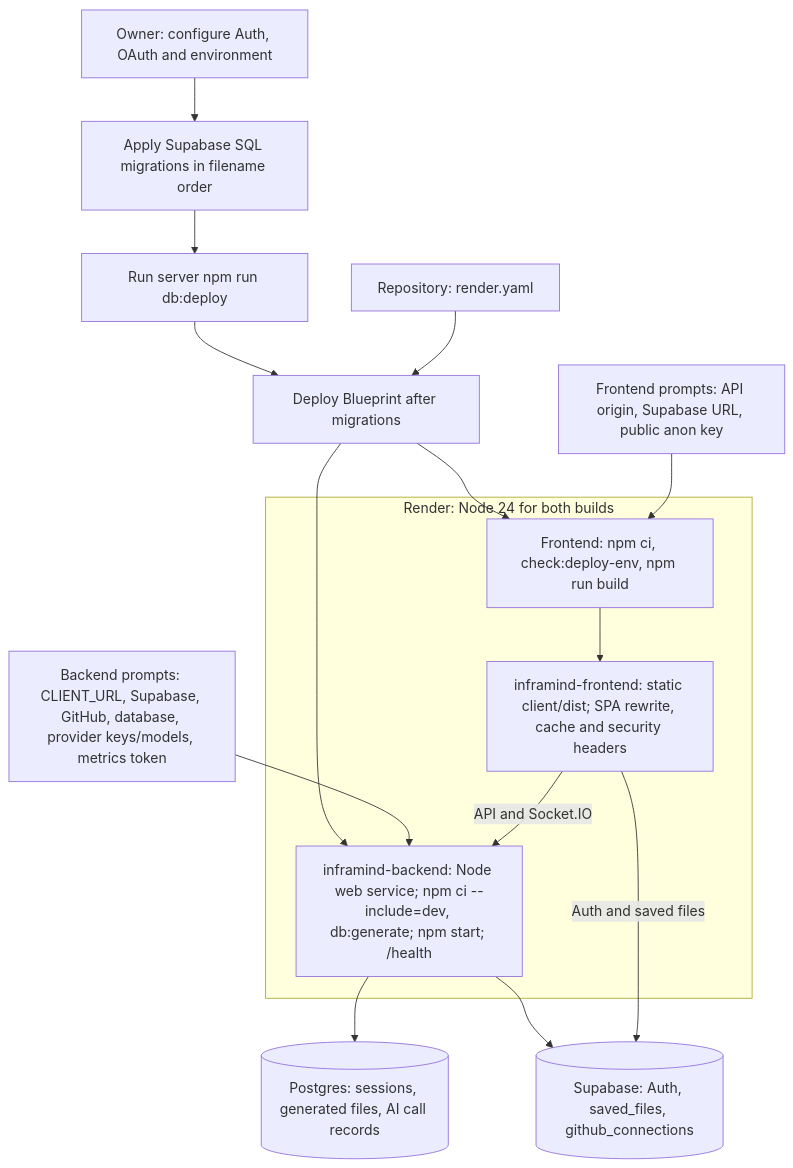
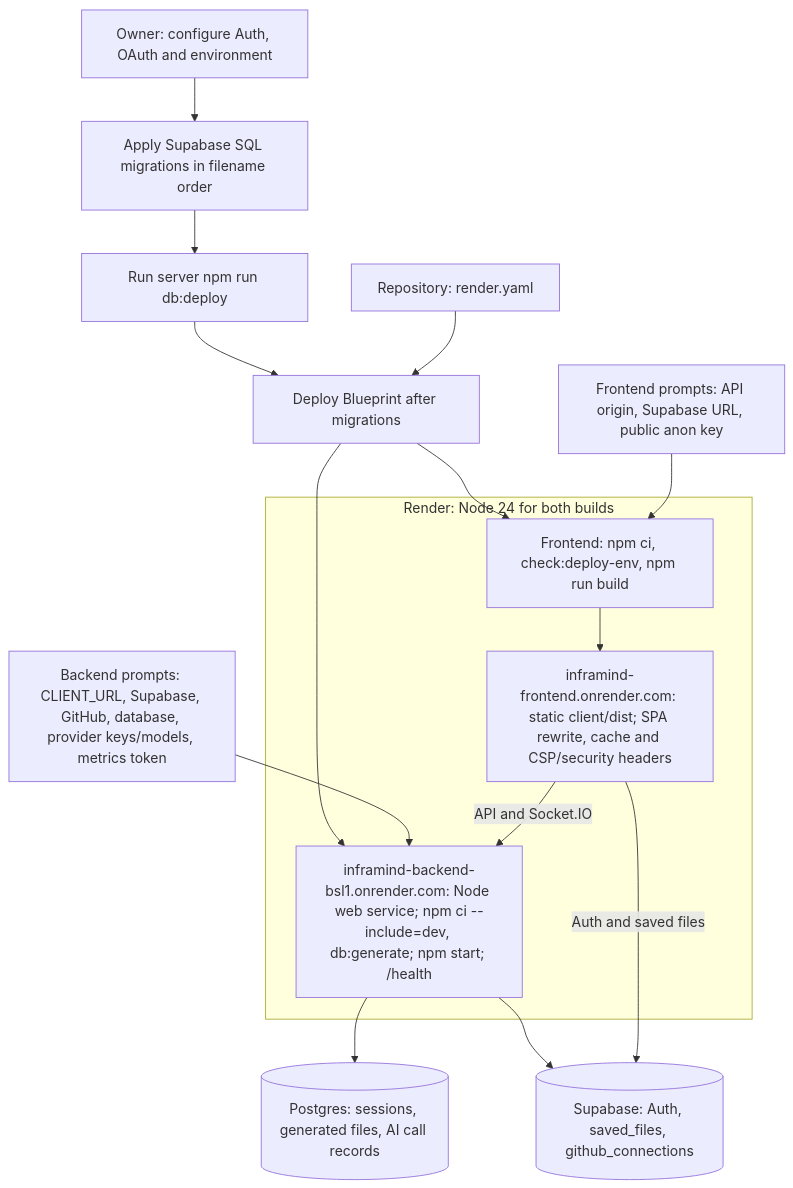
Before and after one commit to bipul724/InfraMind: the diagram in DEPLOYMENT-GUIDE.md, drawn with Mermaid. The commit also changed other lines of this file and 18 other files, not shown here.

First line of the commit message:
fix(security): enforce frontend CSP and support Supabase secret keys (#1)

````diff
--- a/DEPLOYMENT-GUIDE.md
+++ b/DEPLOYMENT-GUIDE.md
@@ -187,28 +282,28 @@
 ```mermaid
 flowchart TB
     Repo["Repository: render.yaml"]
     Owner["Owner: configure Auth, OAuth and environment"]
     SQL["Apply Supabase SQL migrations in filename order"]
     Prisma["Run server npm run db:deploy"]
     Deploy["Deploy Blueprint after migrations"]
     BackEnv["Backend prompts: CLIENT_URL, Supabase, GitHub, database, provider keys/models, metrics token"]
     FrontEnv["Frontend prompts: API origin, Supabase URL, public anon key"]
     subgraph Render["Render: Node 24 for both builds"]
-        Backend["inframind-backend: Node web service; npm ci --include=dev, db:generate; npm start; /health"]
+        Backend["inframind-backend-bsl1.onrender.com: Node web service; npm ci --include=dev, db:generate; npm start; /health"]
         Guard["Frontend: npm ci, check:deploy-env, npm run build"]
-        Frontend["inframind-frontend: static client/dist; SPA rewrite, cache and security headers"]
+        Frontend["inframind-frontend.onrender.com: static client/dist; SPA rewrite, cache and CSP/security headers"]
     end
     DB[("Postgres: sessions, generated files, AI call records")]
     Supabase[("Supabase: Auth, saved_files, github_connections")]
 
     Owner --> SQL --> Prisma --> Deploy
     Repo --> Deploy
     Deploy --> Backend
     Deploy --> Guard
     BackEnv --> Backend
     FrontEnv --> Guard --> Frontend
     Backend --> DB
     Backend --> Supabase
     Frontend -->|"Auth and saved files"| Supabase
     Frontend -->|"API and Socket.IO"| Backend
 ```
````
